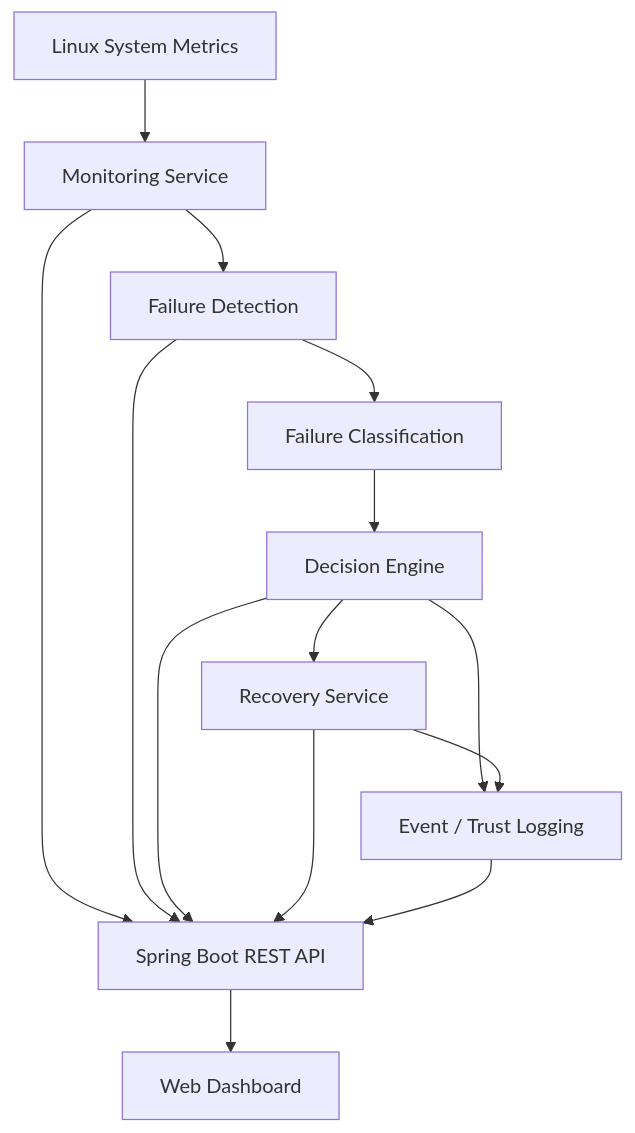
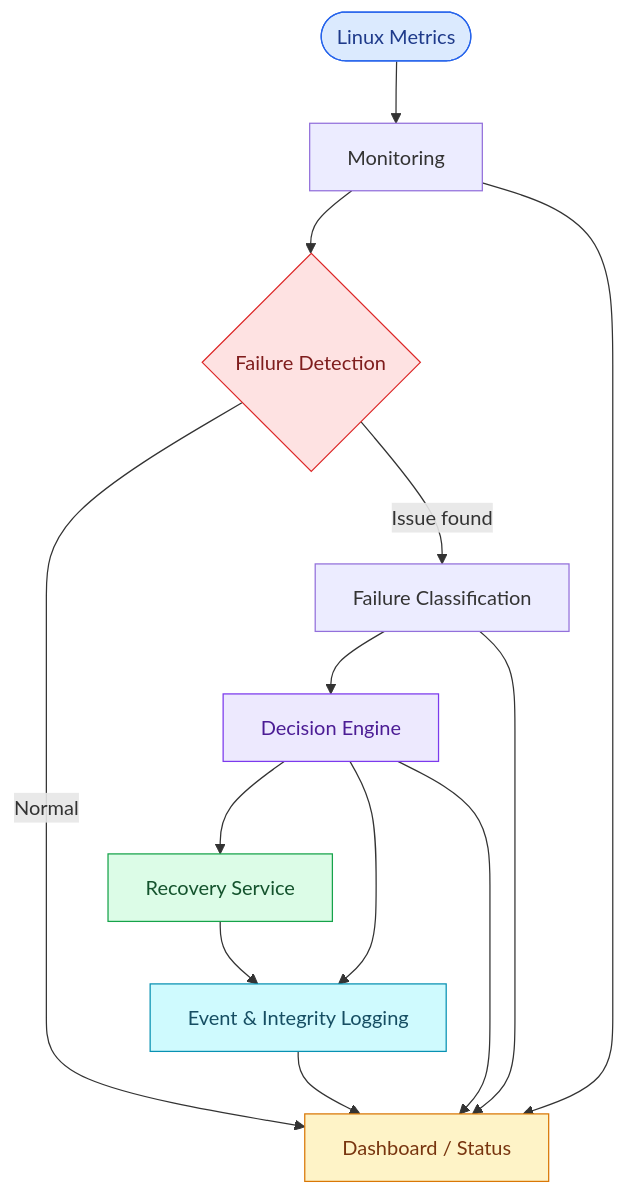
Before and after one commit to DevForgeCore/Self-Healing-Cloud-Infrastructure: the diagram in README.md, drawn with Mermaid. The commit also changed other lines of this file, not shown here.

````diff
--- a/README.md
+++ b/README.md
@@ -84,16 +76,21 @@
 ```mermaid
 flowchart TD
-    A["Linux System Metrics"] --> B["Monitoring Service"]
-    B --> C["Failure Detection"]
-    C --> D["Failure Classification"]
+    A(["Linux Metrics"]) --> B["Monitoring"]
+    B --> C{"Failure Detection"}
+    C -->|Normal| H["Dashboard / Status"]
+    C -->|Issue found| D["Failure Classification"]
     D --> E["Decision Engine"]
     E --> F["Recovery Service"]
-    E --> G["Event / Trust Logging"]
+    E --> G["Event & Integrity Logging"]
     F --> G
-    B --> H["Spring Boot REST API"]
-    C --> H
+    B --> H
+    D --> H
     E --> H
-    F --> H
     G --> H
-    H --> I["Web Dashboard"]
+    style A fill:#DBEAFE,stroke:#2563EB,color:#1E3A8A
+    style C fill:#FEE2E2,stroke:#DC2626,color:#7F1D1D
+    style E fill:#EDE9FE,stroke:#7C3AED,color:#4C1D95
+    style F fill:#DCFCE7,stroke:#16A34A,color:#14532D
+    style G fill:#CFFAFE,stroke:#0891B2,color:#164E63
+    style H fill:#FEF3C7,stroke:#D97706,color:#78350F
 ```
````
